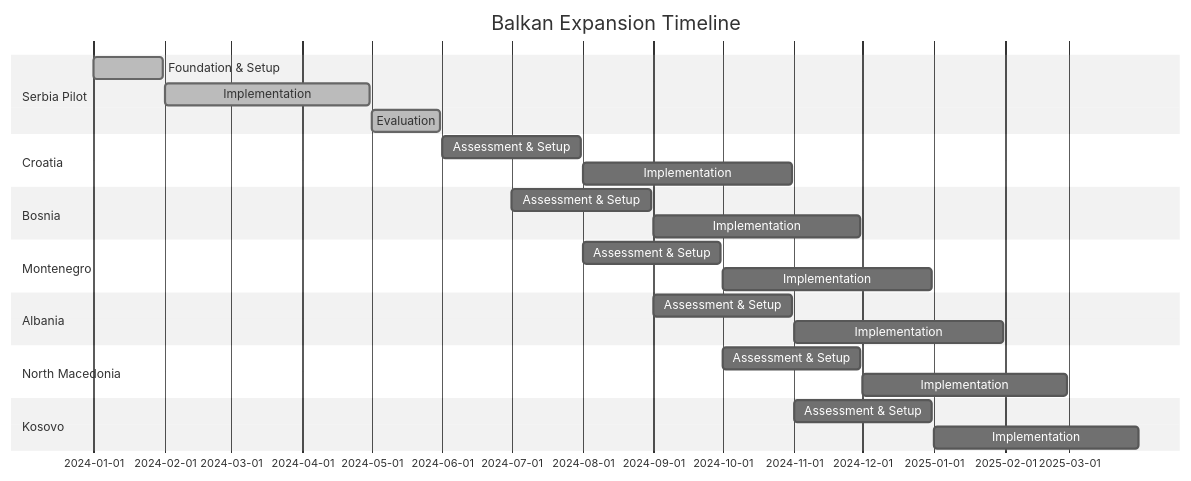
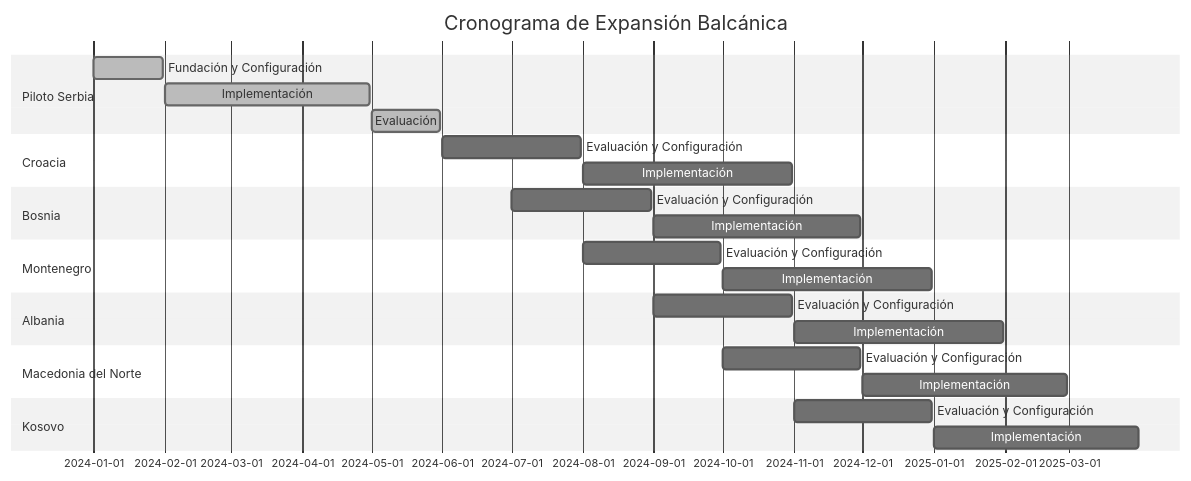
Before and after one commit to imrulo/lat.eth: the sixth of 12 diagrams in visuals/project-diagrams.md, drawn with Mermaid (neutral theme). The commit also changed other lines of this file and 21 other files, not shown here.

````diff
--- a/visuals/project-diagrams.md
+++ b/visuals/project-diagrams.md
@@ -127,27 +127,27 @@
 ```mermaid
 gantt
-    title Balkan Expansion Timeline
+    title Cronograma de Expansión Balcánica
     dateFormat  YYYY-MM-DD
-    section Serbia Pilot
-    Foundation & Setup    :done, serbia1, 2024-01-01, 2024-01-31
-    Implementation        :done, serbia2, 2024-02-01, 2024-04-30
-    Evaluation            :done, serbia3, 2024-05-01, 2024-05-31
-    section Croatia
-    Assessment & Setup    :croatia1, 2024-06-01, 2024-07-31
-    Implementation        :croatia2, 2024-08-01, 2024-10-31
+    section Piloto Serbia
+    Fundación y Configuración    :done, serbia1, 2024-01-01, 2024-01-31
+    Implementación        :done, serbia2, 2024-02-01, 2024-04-30
+    Evaluación            :done, serbia3, 2024-05-01, 2024-05-31
+    section Croacia
+    Evaluación y Configuración    :croatia1, 2024-06-01, 2024-07-31
+    Implementación        :croatia2, 2024-08-01, 2024-10-31
     section Bosnia
-    Assessment & Setup    :bosnia1, 2024-07-01, 2024-08-31
-    Implementation        :bosnia2, 2024-09-01, 2024-11-30
+    Evaluación y Configuración    :bosnia1, 2024-07-01, 2024-08-31
+    Implementación        :bosnia2, 2024-09-01, 2024-11-30
     section Montenegro
-    Assessment & Setup    :montenegro1, 2024-08-01, 2024-09-30
-    Implementation        :montenegro2, 2024-10-01, 2024-12-31
+    Evaluación y Configuración    :montenegro1, 2024-08-01, 2024-09-30
+    Implementación        :montenegro2, 2024-10-01, 2024-12-31
     section Albania
-    Assessment & Setup    :albania1, 2024-09-01, 2024-10-31
-    Implementation        :albania2, 2024-11-01, 2025-01-31
-    section North Macedonia
-    Assessment & Setup    :macedonia1, 2024-10-01, 2024-11-30
-    Implementation        :macedonia2, 2024-12-01, 2025-02-28
+    Evaluación y Configuración    :albania1, 2024-09-01, 2024-10-31
+    Implementación        :albania2, 2024-11-01, 2025-01-31
+    section Macedonia del Norte
+    Evaluación y Configuración    :macedonia1, 2024-10-01, 2024-11-30
+    Implementación        :macedonia2, 2024-12-01, 2025-02-28
     section Kosovo
-    Assessment & Setup    :kosovo1, 2024-11-01, 2024-12-31
-    Implementation        :kosovo2, 2025-01-01, 2025-03-31
+    Evaluación y Configuración    :kosovo1, 2024-11-01, 2024-12-31
+    Implementación        :kosovo2, 2025-01-01, 2025-03-31
 ```
````
